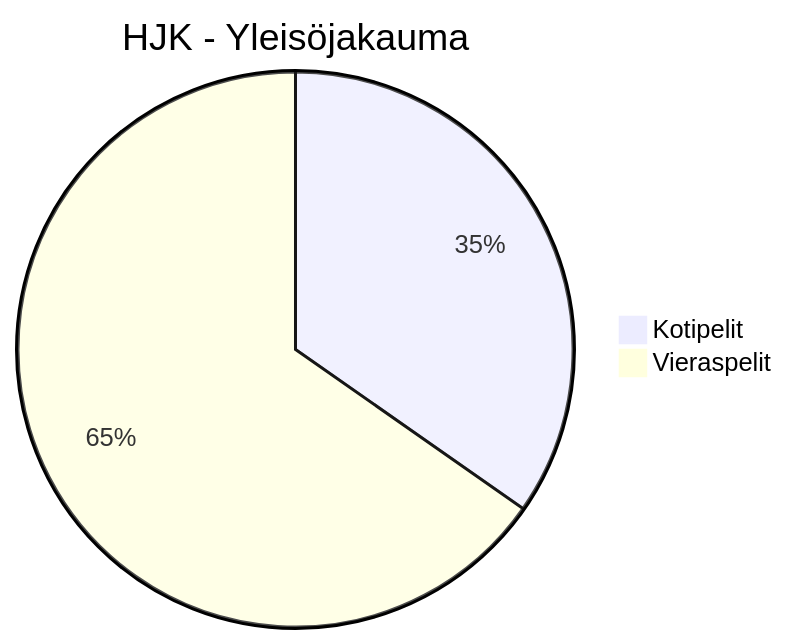
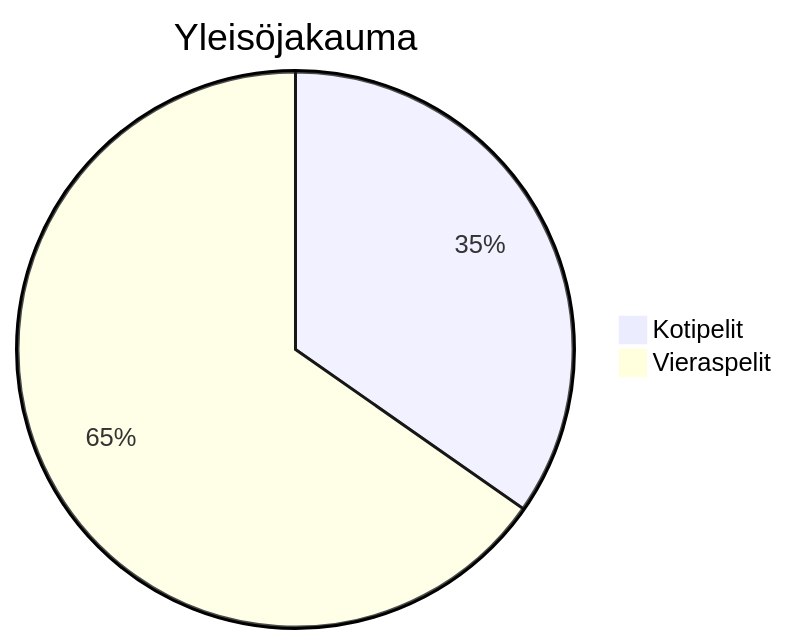
Before and after one commit to Linux88888/Veikkausliiga2025: diagram 12 of 27 in Yleisö2025.md, drawn with Mermaid. The commit also changed other lines of this file, not shown here.

````diff
--- a/Yleisö2025.md
+++ b/Yleisö2025.md
@@ -111,5 +109,5 @@
 ```mermaid
-pie title HJK - Yleisöjakauma
+pie title Yleisöjakauma
     "Kotipelit" : 6220
     "Vieraspelit" : 11699
 ```
````
